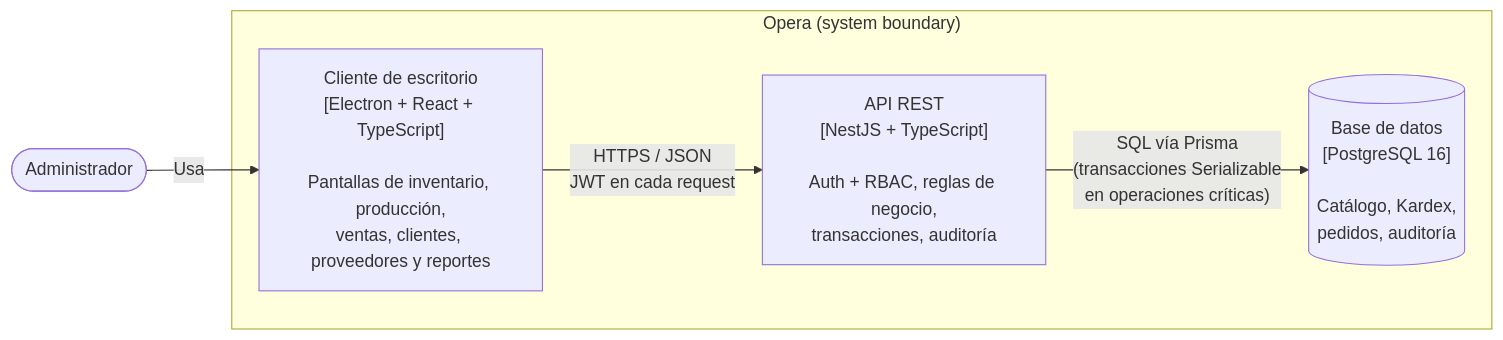
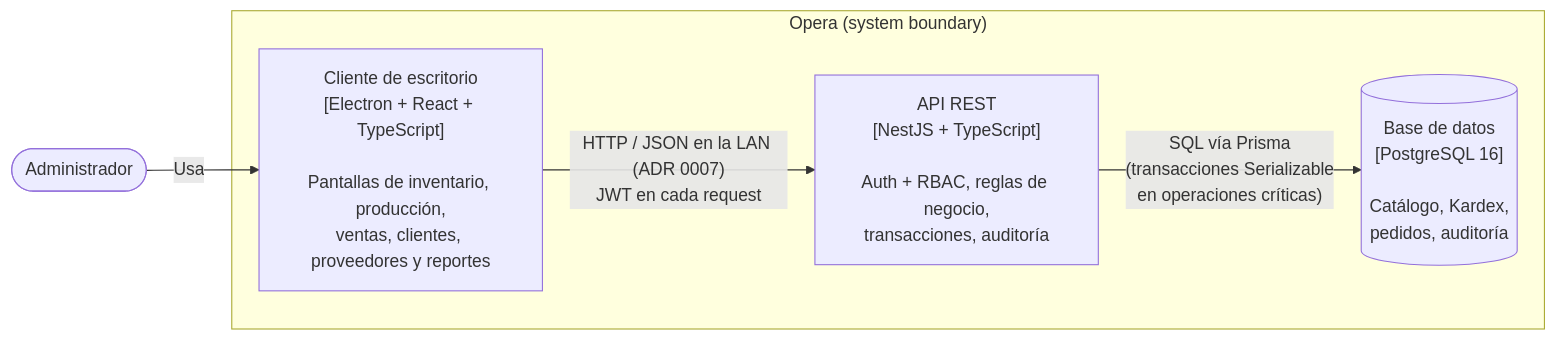
The second of 2 diagrams in README.md (TomasPosada0626/opera), drawn with Mermaid before and after one commit. The commit also changed other lines of this file and 2 other files, not shown here.

First line of the commit message:
docs: ADR 0009 (lista de materiales opcional y cobro por abonos) y README/CHANGELOG al día

````diff
--- a/README.md
+++ b/README.md
@@ -95,14 +97,14 @@
 ```mermaid
 flowchart LR
     Admin(["Administrador"])
 
     subgraph Opera["Opera (system boundary)"]
         Desktop["Cliente de escritorio<br/>[Electron + React + TypeScript]<br/><br/>Pantallas de inventario, producción,<br/>ventas, clientes, proveedores y reportes"]
         API["API REST<br/>[NestJS + TypeScript]<br/><br/>Auth + RBAC, reglas de negocio,<br/>transacciones, auditoría"]
         DB[("Base de datos<br/>[PostgreSQL 16]<br/><br/>Catálogo, Kardex,<br/>pedidos, auditoría")]
     end
 
     Admin -- "Usa" --> Desktop
-    Desktop -- "HTTPS / JSON<br/>JWT en cada request" --> API
+    Desktop -- "HTTP / JSON en la LAN (ADR 0007)<br/>JWT en cada request" --> API
     API -- "SQL vía Prisma<br/>(transacciones Serializable<br/>en operaciones críticas)" --> DB
 ```
````
